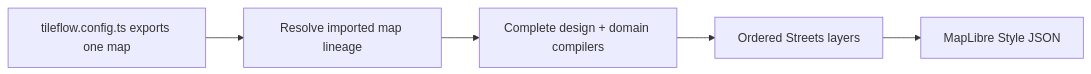
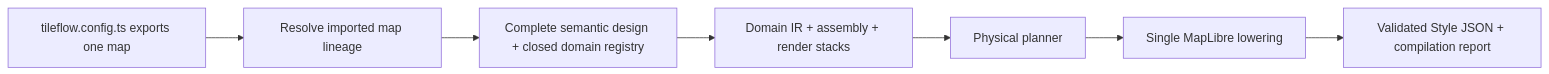
Before and after one commit to tileflow/tileflow-sdk: the diagram in packages/core/README.md, drawn with Mermaid. The commit also changed other lines of this file and 211 other files, not shown here.

````diff
--- a/packages/core/README.md
+++ b/packages/core/README.md
@@ -236,7 +277,9 @@
 ```mermaid
 flowchart LR
   A["tileflow.config.ts exports one map"] --> B["Resolve imported map lineage"]
-  B --> C["Complete design + domain compilers"]
-  C --> D["Ordered Streets layers"]
-  D --> E["MapLibre Style JSON"]
+  B --> C["Complete semantic design + closed domain registry"]
+  C --> D["Domain IR + assembly + render stacks"]
+  D --> E["Physical planner"]
+  E --> F["Single MapLibre lowering"]
+  F --> G["Validated Style JSON + compilation report"]
 ```
````
